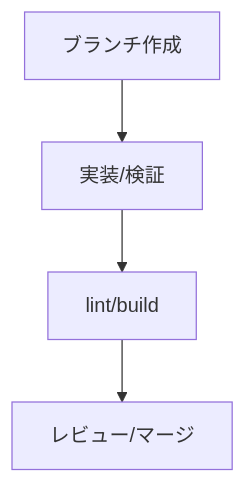
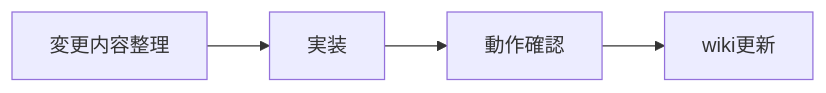
One commit to lego0509/campus-ai changed the diagram in wiki/10-コントリビューションガイド.md. Above: the diagram before and after it, drawn with Mermaid. The commit also changed other lines of this file and 36 other files, not shown here.

````diff
--- a/wiki/10-コントリビューションガイド.md
+++ b/wiki/10-コントリビューションガイド.md
@@ -10,6 +50,6 @@
 ```mermaid
-flowchart TD
-  Branch[ブランチ作成] --> Dev[実装/検証]
-  Dev --> Lint[lint/build]
-  Lint --> PR[レビュー/マージ]
+flowchart LR
+  Plan[変更内容整理] --> Code[実装]
+  Code --> Verify[動作確認]
+  Verify --> Doc[wiki更新]
 ```
````
